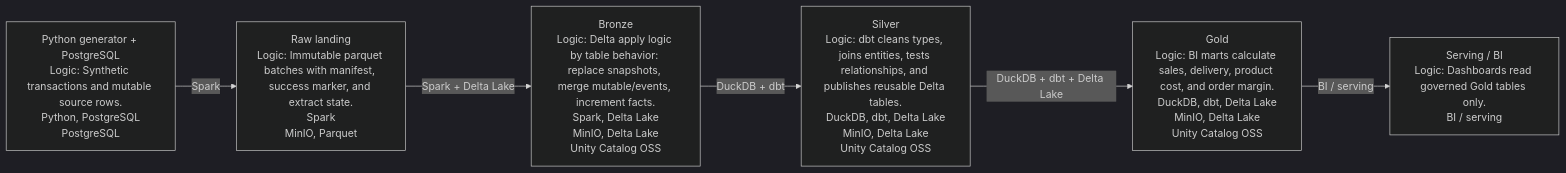
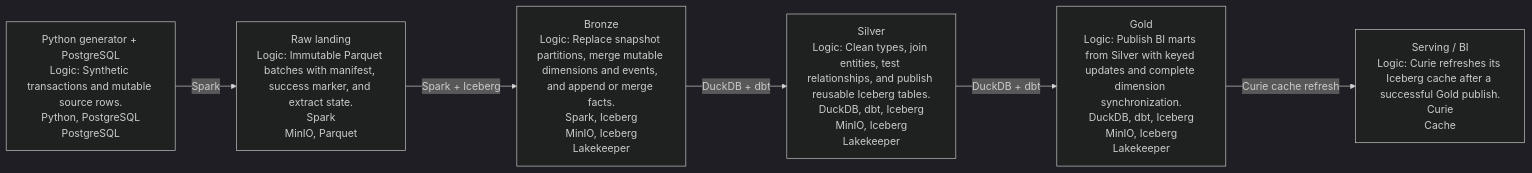
The diagram in docs/dataflow/generated/project_dataflow.md (AntonMiniazev/ampere_project), drawn with Mermaid (dark theme) before and after one commit. The commit also changed 165 other files, not shown here.

Commit message:
feat(iceberg): complete Iceberg-only pipeline cutover

````diff
--- a/docs/dataflow/generated/project_dataflow.md
+++ b/docs/dataflow/generated/project_dataflow.md
@@ -5,15 +5,15 @@
 ```mermaid
 flowchart LR
     L_SOURCE["Python generator + PostgreSQL<br/>Logic: Synthetic transactions and mutable source rows.<br/>Python, PostgreSQL<br/>PostgreSQL"]
-    L_RAW["Raw landing<br/>Logic: Immutable parquet batches with manifest, success marker, and extract state.<br/>Spark<br/>MinIO, Parquet"]
-    L_BRONZE["Bronze<br/>Logic: Delta apply logic by table behavior: replace snapshots, merge mutable/events, increment facts.<br/>Spark, Delta Lake<br/>MinIO, Delta Lake<br/>Unity Catalog OSS"]
-    L_SILVER["Silver<br/>Logic: dbt cleans types, joins entities, tests relationships, and publishes reusable Delta tables.<br/>DuckDB, dbt, Delta Lake<br/>MinIO, Delta Lake<br/>Unity Catalog OSS"]
-    L_GOLD["Gold<br/>Logic: BI marts calculate sales, delivery, product cost, and order margin.<br/>DuckDB, dbt, Delta Lake<br/>MinIO, Delta Lake<br/>Unity Catalog OSS"]
-    L_SERVING["Serving / BI<br/>Logic: Dashboards read governed Gold tables only.<br/>BI / serving"]
+    L_RAW["Raw landing<br/>Logic: Immutable Parquet batches with manifest, success marker, and extract state.<br/>Spark<br/>MinIO, Parquet"]
+    L_BRONZE["Bronze<br/>Logic: Replace snapshot partitions, merge mutable dimensions and events, and append or merge facts.<br/>Spark, Iceberg<br/>MinIO, Iceberg<br/>Lakekeeper"]
+    L_SILVER["Silver<br/>Logic: Clean types, join entities, test relationships, and publish reusable Iceberg tables.<br/>DuckDB, dbt, Iceberg<br/>MinIO, Iceberg<br/>Lakekeeper"]
+    L_GOLD["Gold<br/>Logic: Publish BI marts from Silver with keyed updates and complete dimension synchronization.<br/>DuckDB, dbt, Iceberg<br/>MinIO, Iceberg<br/>Lakekeeper"]
+    L_SERVING["Serving / BI<br/>Logic: Curie refreshes its Iceberg cache after a successful Gold publish.<br/>Curie<br/>Cache"]
 
     L_SOURCE -->|"Spark"| L_RAW
-    L_RAW -->|"Spark + Delta Lake"| L_BRONZE
+    L_RAW -->|"Spark + Iceberg"| L_BRONZE
     L_BRONZE -->|"DuckDB + dbt"| L_SILVER
-    L_SILVER -->|"DuckDB + dbt + Delta Lake"| L_GOLD
-    L_GOLD -->|"BI / serving"| L_SERVING
+    L_SILVER -->|"DuckDB + dbt"| L_GOLD
+    L_GOLD -->|"Curie cache refresh"| L_SERVING
 ```
````
